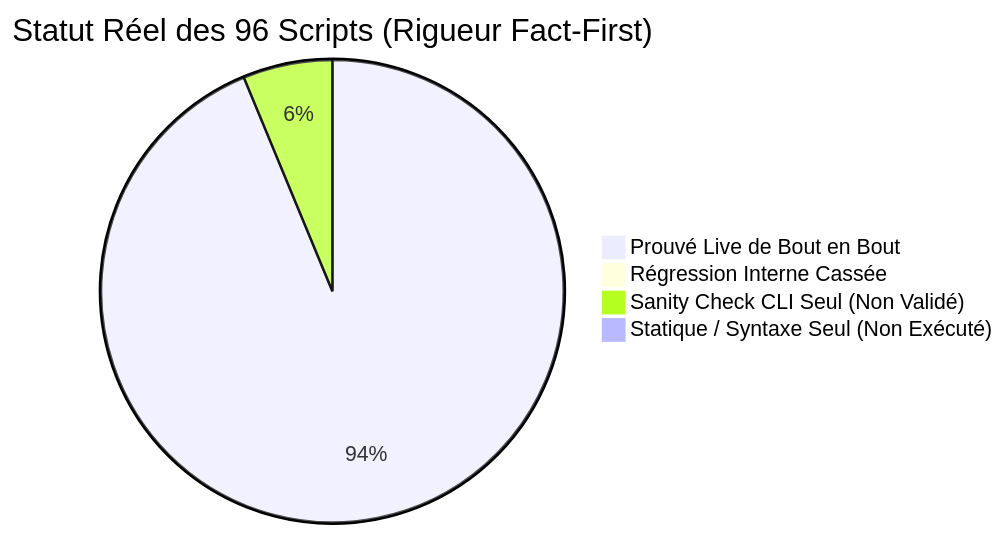
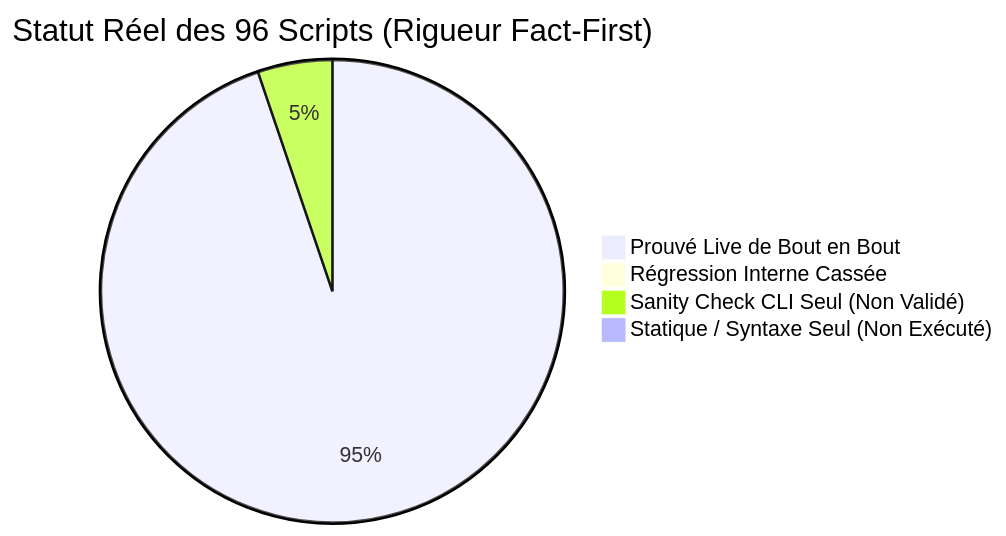
Before and after one commit to yoyonel/pydbsrt: the diagram in docs/reference/2026-11-10-audit-exhaustif-scripts-regressions.md, drawn with Mermaid. The commit also changed other lines of this file and 2 other files, not shown here.

Commit message:
fix(ingestion): dynamic root, absolute paths and check mode in quarantine truncated phashes (#69)

````diff
--- a/docs/reference/2026-11-10-audit-exhaustif-scripts-regressions.md
+++ b/docs/reference/2026-11-10-audit-exhaustif-scripts-regressions.md
@@ -16,7 +16,7 @@
 ```mermaid
 pie title Statut Réel des 96 Scripts (Rigueur Fact-First)
-    "Prouvé Live de Bout en Bout" : 90
+    "Prouvé Live de Bout en Bout" : 91
     "Régression Interne Cassée" : 0
-    "Sanity Check CLI Seul (Non Validé)" : 6
+    "Sanity Check CLI Seul (Non Validé)" : 5
     "Statique / Syntaxe Seul (Non Exécuté)" : 0
 ```
````
